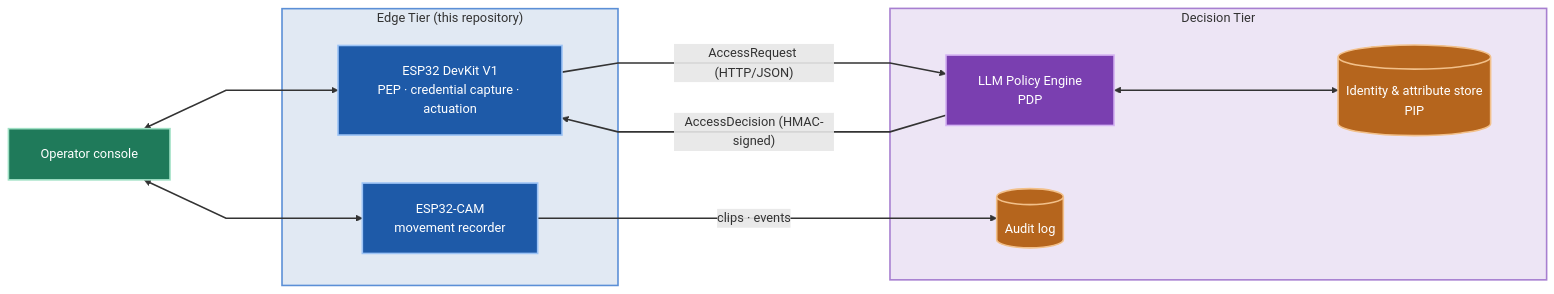
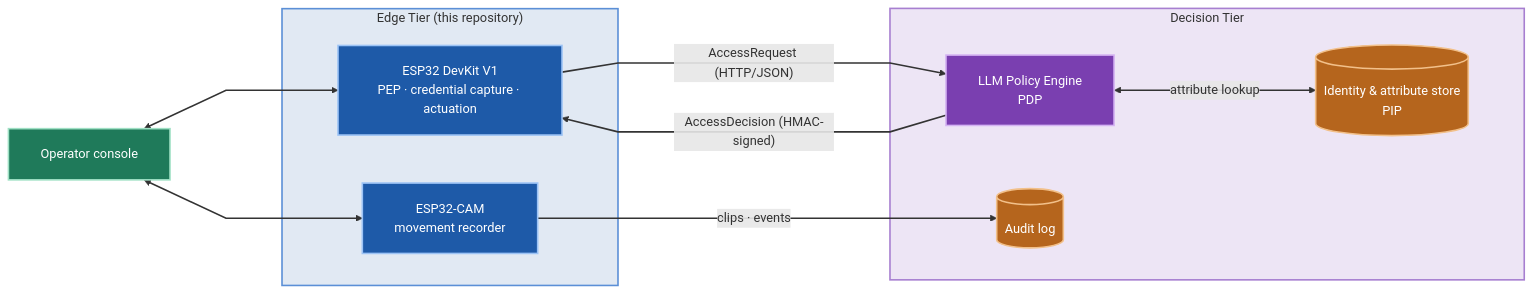
The first of 2 diagrams in README.md (CICTHackathon/iot-hardware), drawn with Mermaid before and after one commit. The commit also changed other lines of this file, not shown here.

Commit message:
docs: enlarge firmware state diagram

````diff
--- a/README.md
+++ b/README.md
@@ -32,36 +32,36 @@
 ```mermaid
 %%{init: {"flowchart": {"curve": "linear", "nodeSpacing": 60, "rankSpacing": 140, "padding": 20}}}%%
 flowchart LR
     subgraph Edge["Edge Tier (this repository)"]
         A["ESP32 DevKit V1<br/>PEP · credential capture · actuation"]
         C["ESP32-CAM<br/>movement recorder"]
     end
 
     subgraph Cloud["Decision Tier"]
         P["LLM Policy Engine<br/>PDP"]
         D[("Identity & attribute store<br/>PIP")]
         L[("Audit log")]
     end
 
     W["Operator console"]
 
     A -- "AccessRequest (HTTP/JSON)" --> P
     P -- "AccessDecision (HMAC-signed)" --> A
     C -- "clips · events" --> L
     W <--> A
     W <--> C
-    P <---> D
+    P <-->|"attribute lookup"| D
 
     classDef edge     fill:#1e5aa8,stroke:#9cc3f5,stroke-width:2px,color:#ffffff
     classDef decision fill:#7a3fb0,stroke:#d4b3f2,stroke-width:2px,color:#ffffff
     classDef store    fill:#b5651d,stroke:#f2c08a,stroke-width:2px,color:#ffffff
     classDef operator fill:#1f7a5a,stroke:#9fe0c4,stroke-width:2px,color:#ffffff
     class A,C edge
     class P decision
     class D,L store
     class W operator
 
     style Edge  fill:#1e5aa822,stroke:#5b8fd6,stroke-width:2px
     style Cloud fill:#7a3fb022,stroke:#a77fd0,stroke-width:2px
     linkStyle default stroke-width:2px
 ```
````
